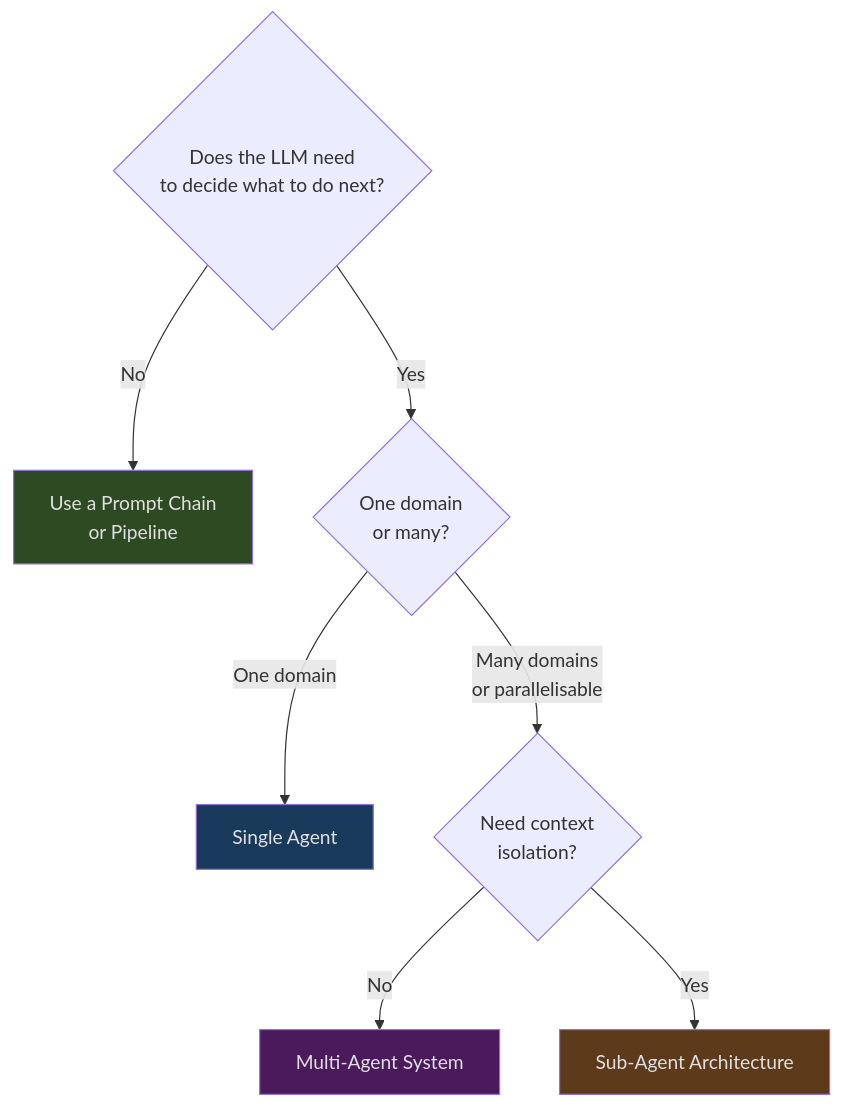
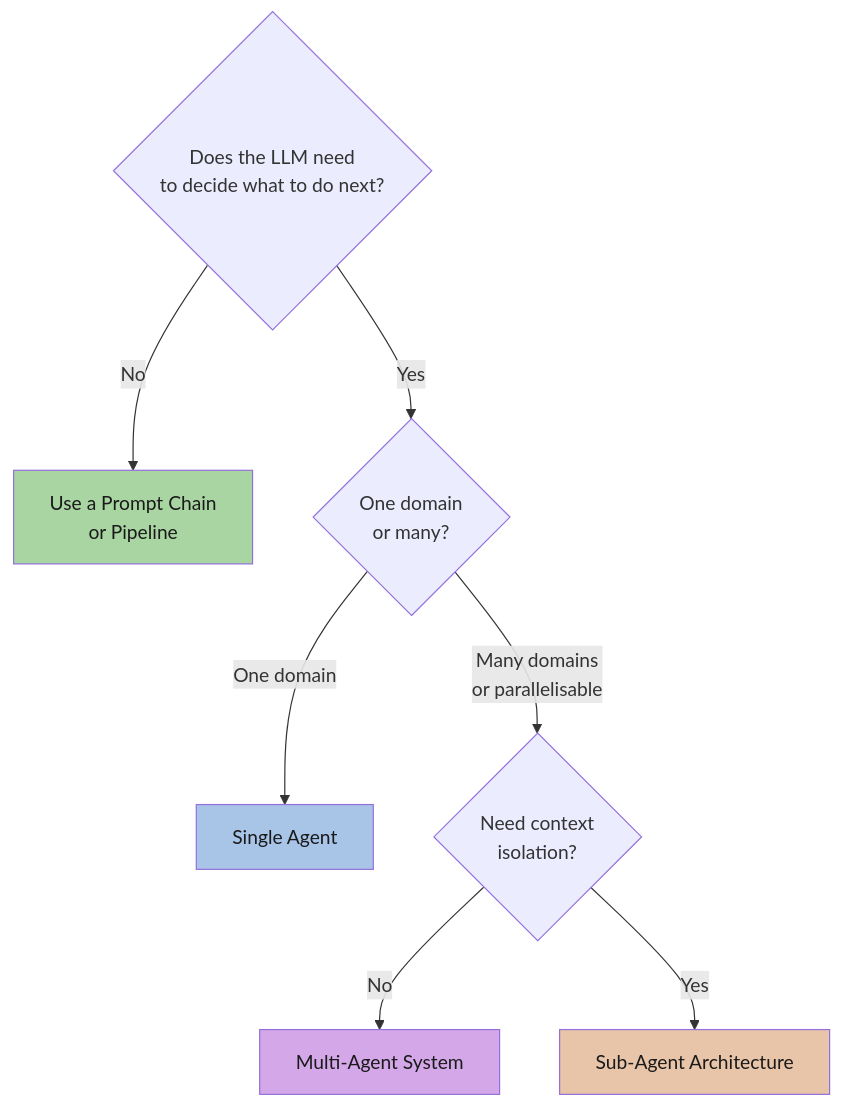
One commit to jylhakos/InternetOfThings changed the first of 11 diagrams in Computing/AGENTS/README.md. Above: the diagram before and after it, drawn with Mermaid. The commit also changed other lines of this file, not shown here.

Commit message:
The single-agent, multi-agent and sub-agent for AI agents

````diff
--- a/Computing/AGENTS/README.md
+++ b/Computing/AGENTS/README.md
@@ -233,15 +233,15 @@
 ```mermaid
 flowchart TD
     Q{Does the LLM need\nto decide what to do next?}
     Q -->|No| CHAIN[Use a Prompt Chain\nor Pipeline]
     Q -->|Yes| A{One domain\nor many?}
     A -->|One domain| SA[Single Agent]
     A -->|Many domains\nor parallelisable| MA{Need context\nisolation?}
     MA -->|No| MULTI[Multi-Agent System]
     MA -->|Yes| SUB[Sub-Agent Architecture]
 
-    style CHAIN fill:#2d4a22,color:#e0e0e0
-    style SA fill:#1a3a5c,color:#e0e0e0
-    style MULTI fill:#4a1a5c,color:#e0e0e0
-    style SUB fill:#5c3a1a,color:#e0e0e0
+    style CHAIN fill:#a8d5a2,color:#1a1a1a
+    style SA fill:#a8c5e8,color:#1a1a1a
+    style MULTI fill:#d4a8e8,color:#1a1a1a
+    style SUB fill:#e8c4a8,color:#1a1a1a
 ```
````
